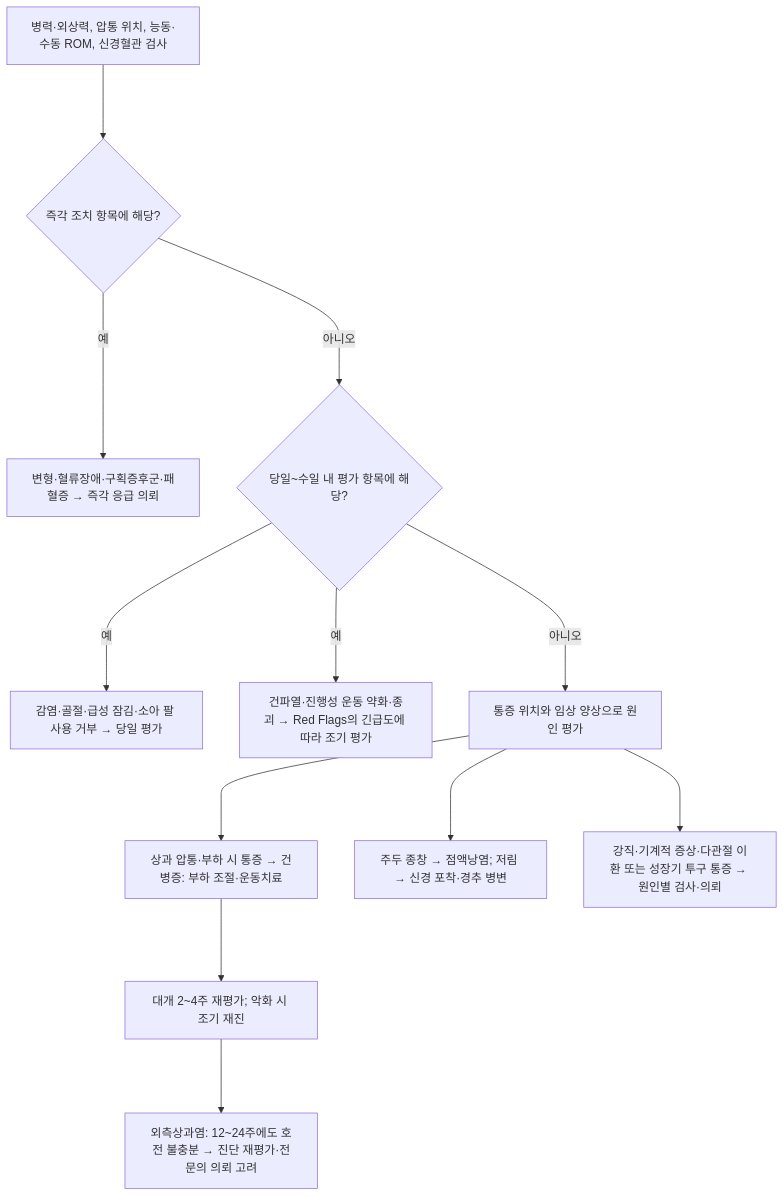
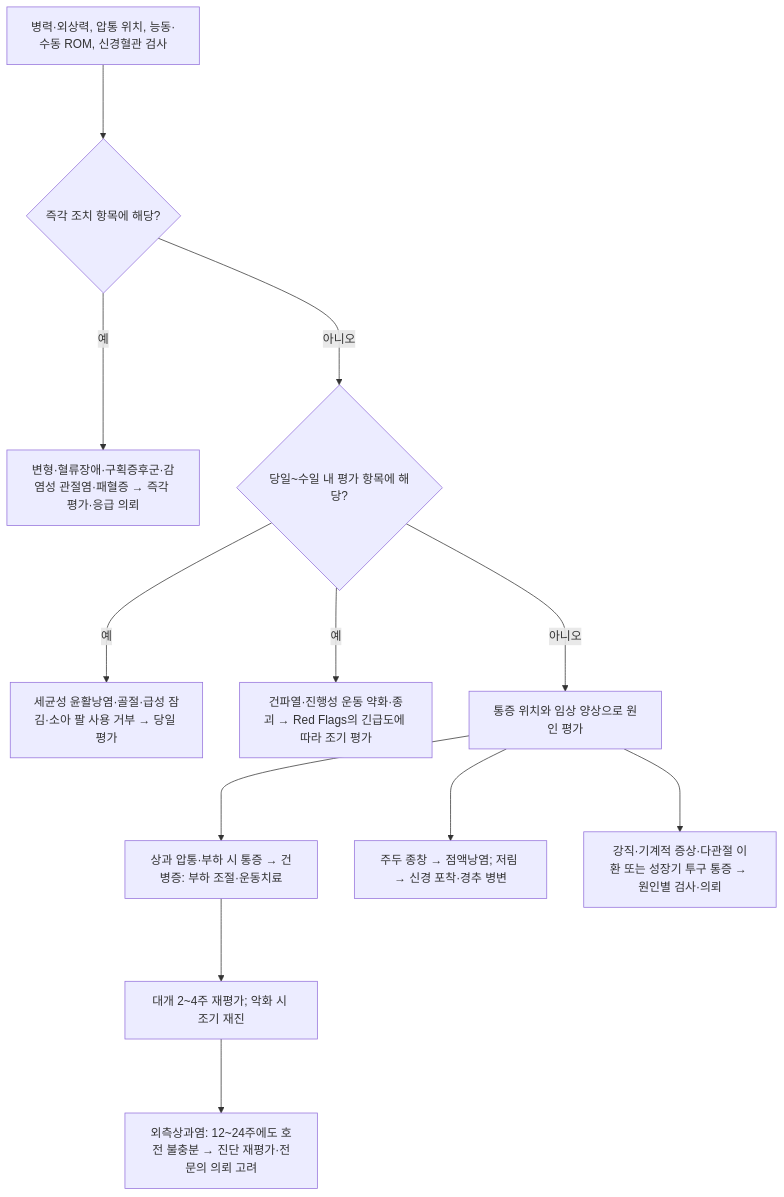
Before and after one commit to familyoh77/familyoh77: the diagram in 228_/140_-elbow-pain.md, drawn with Mermaid. The commit also changed other lines of this file and 20 other files, not shown here.

````diff
--- a/228_/140_-elbow-pain.md
+++ b/228_/140_-elbow-pain.md
@@ -127,15 +135,15 @@
 ```mermaid
 graph TD
     A["병력·외상력, 압통 위치, 능동·수동 ROM, 신경혈관 검사"]
     A ---> B{"즉각 조치 항목에 해당?"}
-    B --->|예| B1["변형·혈류장애·구획증후군·패혈증 → 즉각 응급 의뢰"]
+    B --->|예| B1["변형·혈류장애·구획증후군·감염성 관절염·패혈증 → 즉각 평가·응급 의뢰"]
     B --->|아니오| C{"당일~수일 내 평가 항목에 해당?"}
-    C --->|예| C1["감염·골절·급성 잠김·소아 팔 사용 거부 → 당일 평가"]
+    C --->|예| C1["세균성 윤활낭염·골절·급성 잠김·소아 팔 사용 거부 → 당일 평가"]
     C --->|예| C2["건파열·진행성 운동 약화·종괴 → Red Flags의 긴급도에 따라 조기 평가"]
     C --->|아니오| D["통증 위치와 임상 양상으로 원인 평가"]
     D ---> D1["상과 압통·부하 시 통증 → 건병증: 부하 조절·운동치료"]
     D ---> D2["주두 종창 → 점액낭염; 저림 → 신경 포착·경추 병변"]
     D ---> D3["강직·기계적 증상·다관절 이환 또는 성장기 투구 통증 → 원인별 검사·의뢰"]
     D1 ---> E["대개 2~4주 재평가; 악화 시 조기 재진"]
     E ---> F["외측상과염: 12~24주에도 호전 불충분 → 진단 재평가·전문의 의뢰 고려"]
 ```
````
